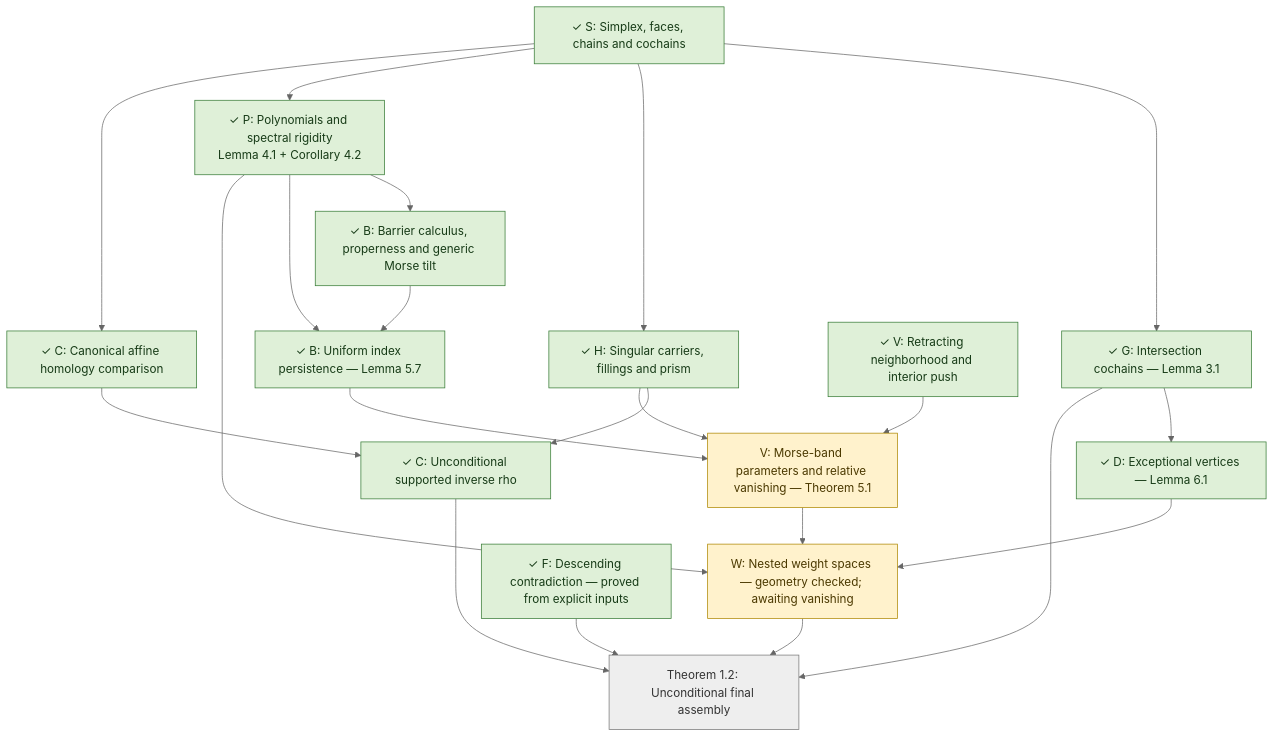
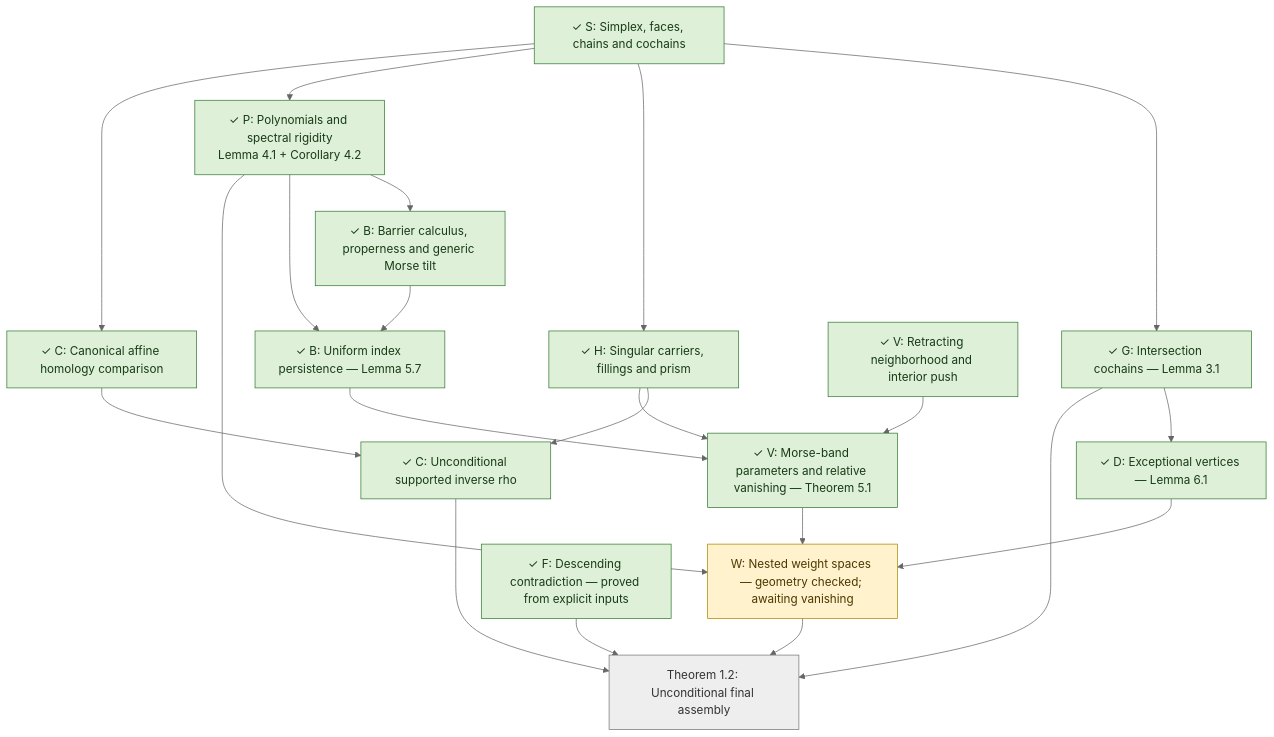
One commit to snorin239/SharpTopologicalOverlap changed the diagram in docs/blueprint.md. Above: the diagram before and after it, drawn with Mermaid (neutral theme). The commit also changed 14 other files, not shown here.

Commit message:
Prove cocycle sublevel relative homology vanishing

````diff
--- a/docs/blueprint.md
+++ b/docs/blueprint.md
@@ -51,41 +51,41 @@
 ```mermaid
 flowchart TD
   S["✓ S: Simplex, faces, chains and cochains"]:::done
   G["✓ G: Intersection cochains — Lemma 3.1"]:::done
   H["✓ H: Singular carriers, fillings and prism"]:::done
   P["✓ P: Polynomials and spectral rigidity<br/>Lemma 4.1 + Corollary 4.2"]:::done
   D["✓ D: Exceptional vertices — Lemma 6.1"]:::done
   C0["✓ C: Canonical affine homology comparison"]:::done
   C1["✓ C: Unconditional supported inverse rho"]:::done
   B0["✓ B: Barrier calculus, properness and generic Morse tilt"]:::done
   B1["✓ B: Uniform index persistence — Lemma 5.7"]:::done
   V0["✓ V: Retracting neighborhood and interior push"]:::done
-  V1["V: Morse-band parameters and relative vanishing — Theorem 5.1"]:::working
+  V1["✓ V: Morse-band parameters and relative vanishing — Theorem 5.1"]:::done
   W["W: Nested weight spaces — geometry checked; awaiting vanishing"]:::working
   F["✓ F: Descending contradiction — proved from explicit inputs"]:::done
   T["Theorem 1.2: Unconditional final assembly"]:::pending
   S --> G
   S --> H
   S --> P
   S --> C0
   G --> D
   C0 --> C1
   H --> C1
   P --> B0
   B0 --> B1
   P --> B1
   B1 --> V1
   V0 --> V1
   H --> V1
   D --> W
   P --> W
   V1 --> W
   C1 --> T
   W --> T
   F --> T
   G --> T
   classDef done fill:#dff0d8,stroke:#367b35,color:#173b17
   classDef working fill:#fff2cc,stroke:#ad8700,color:#4b3900
   classDef hard fill:#f8d7da,stroke:#b02a37,color:#641820
   classDef pending fill:#eeeeee,stroke:#777777,color:#333333
 ```
````
